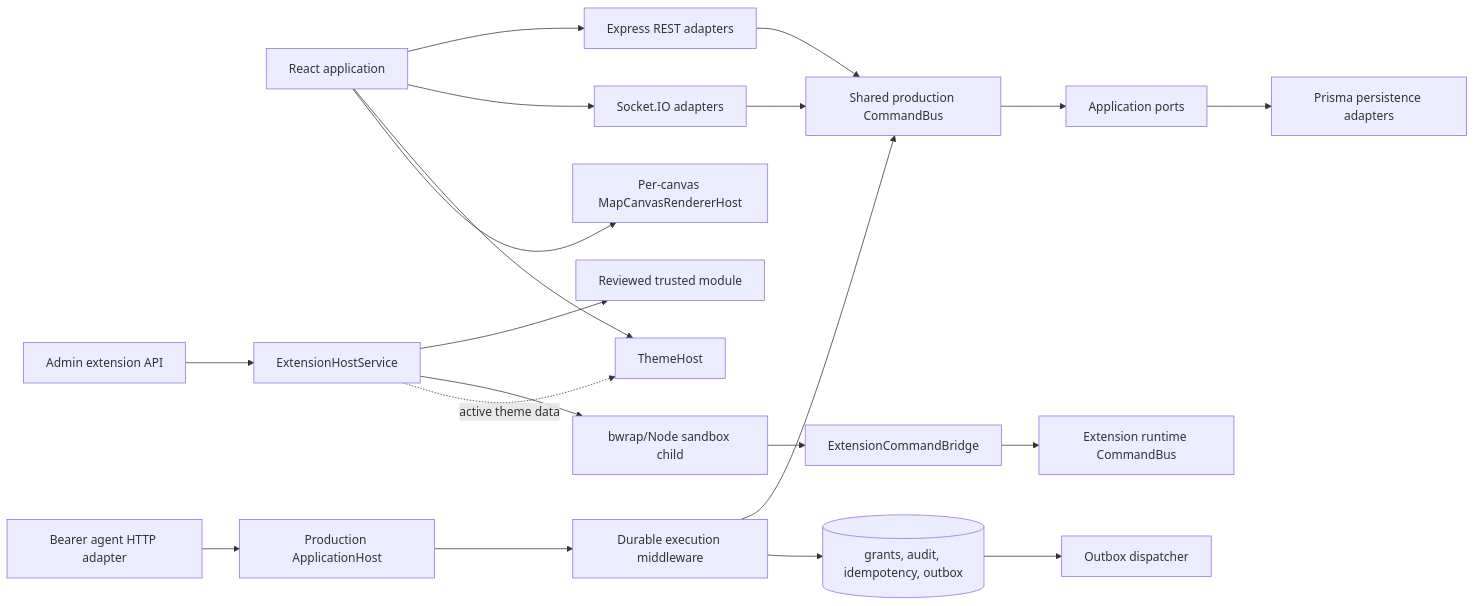
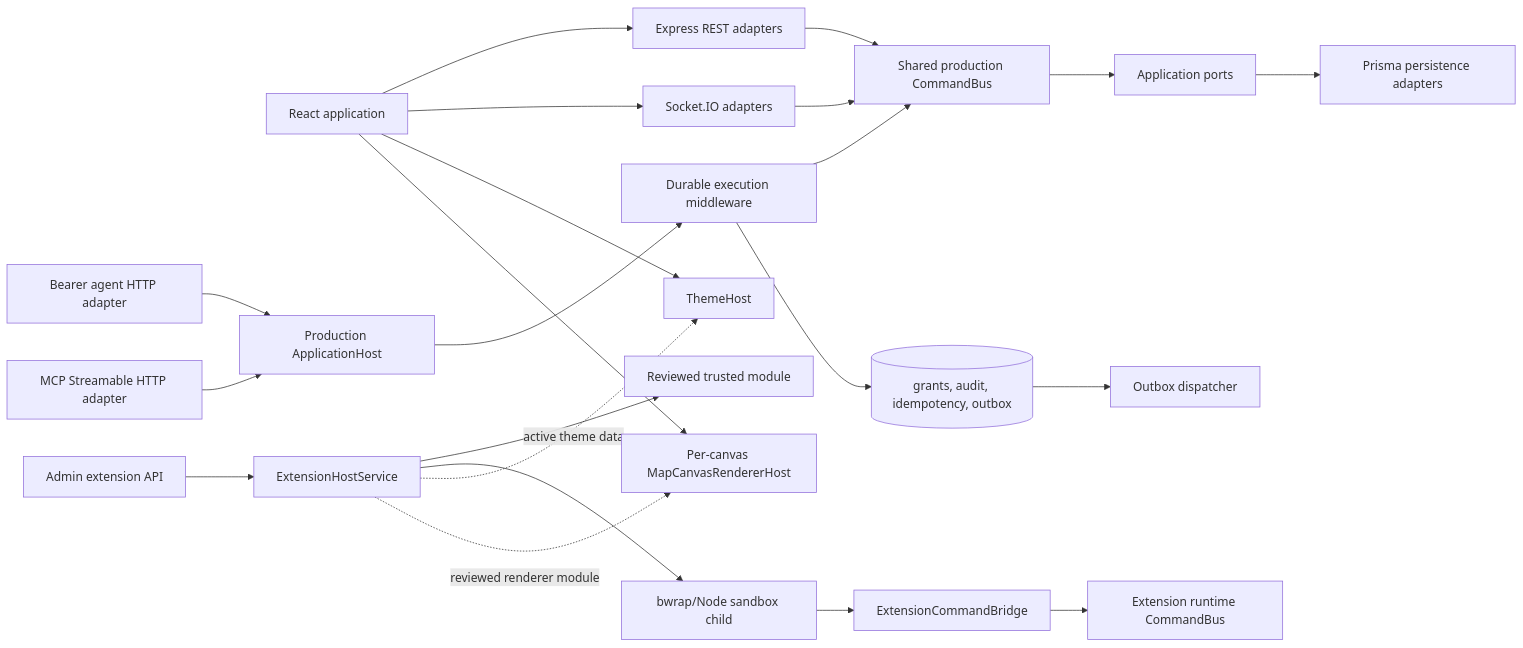
One commit to ShamanicArts/CozyVTT changed the diagram in docs/ARCHITECTURE_MIGRATION.md. Above: the diagram before and after it, drawn with Mermaid. The commit also changed other lines of this file and 82 other files, not shown here.

````diff
--- a/docs/ARCHITECTURE_MIGRATION.md
+++ b/docs/ARCHITECTURE_MIGRATION.md
@@ -16,26 +16,28 @@
 ```mermaid
 flowchart LR
   Browser[React application] --> Rest[Express REST adapters]
   Browser --> Socket[Socket.IO adapters]
   Rest --> Bus[Shared production CommandBus]
   Socket --> Bus
 
   Agent[Bearer agent HTTP adapter] --> Host[Production ApplicationHost]
+  MCP[MCP Streamable HTTP adapter] --> Host
   Host --> Guard[Durable execution middleware]
   Guard --> Bus
 
   Admin[Admin extension API] --> ExtHost[ExtensionHostService]
   ExtHost --> Trusted[Reviewed trusted module]
   ExtHost --> Sandbox[bwrap/Node sandbox child]
   Sandbox --> ExtBridge[ExtensionCommandBridge]
   ExtBridge --> ExtBus[Extension runtime CommandBus]
 
   Bus --> Ports[Application ports]
   Ports --> Prisma[Prisma persistence adapters]
   Guard --> Durable[(grants, audit, idempotency, outbox)]
   Durable --> Worker[Outbox dispatcher]
 
   Browser --> Theme[ThemeHost]
   Browser --> Renderer[Per-canvas MapCanvasRendererHost]
   ExtHost -. active theme data .-> Theme
+  ExtHost -. reviewed renderer module .-> Renderer
 ```
````
